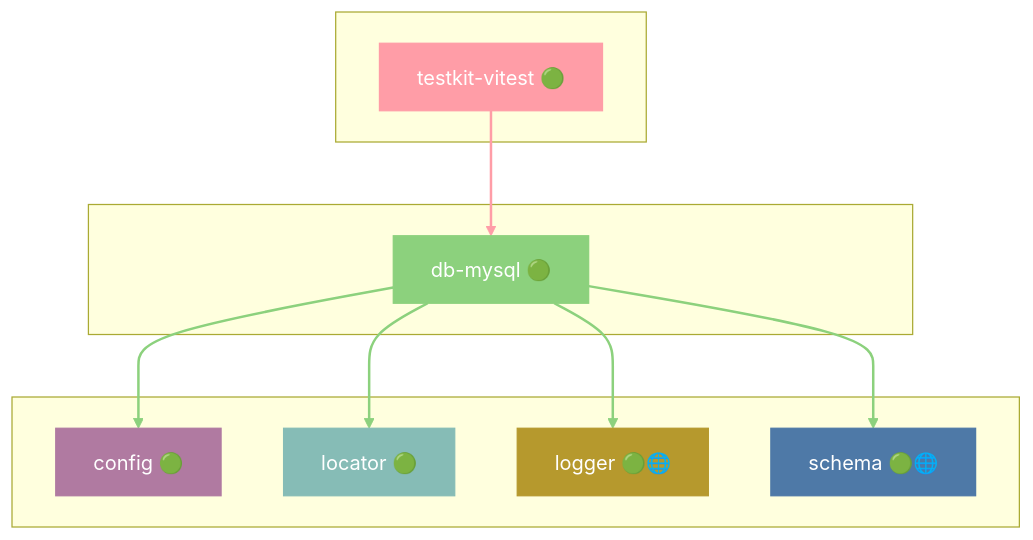
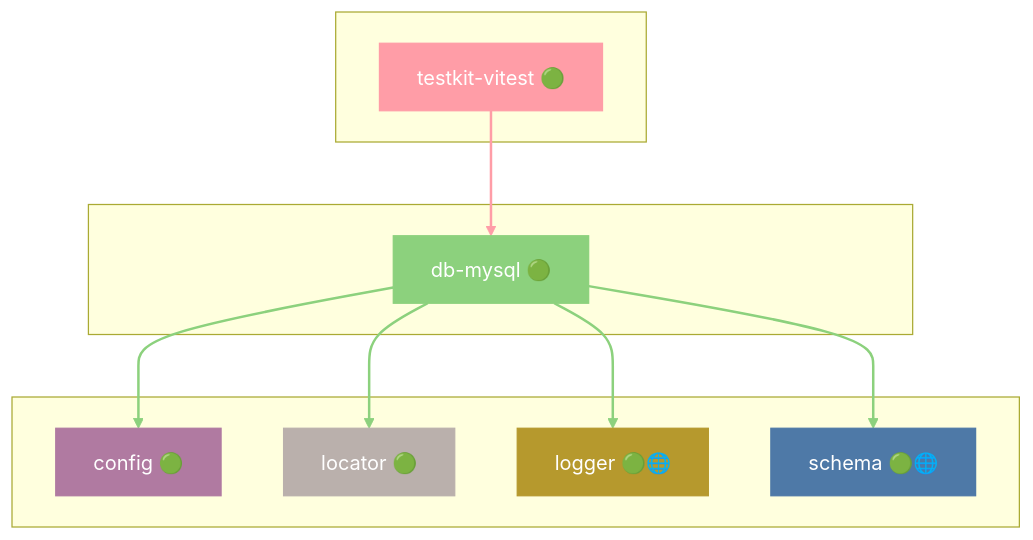
Diagram 13 of 48 in docs/DEPENDENCIES.md (grest-ts/grest-ts), drawn with Mermaid before and after one commit. The commit also changed other lines of this file and 54 other files, not shown here.

````diff
--- a/docs/DEPENDENCIES.md
+++ b/docs/DEPENDENCIES.md
@@ -857,31 +867,31 @@
 ```mermaid
 flowchart TB
     subgraph Dependents[" "]
         testkit-vitest["testkit-vitest 🟢"]
     end
     subgraph Package[" "]
         db-mysql["db-mysql 🟢"]
     end
     subgraph Dependencies[" "]
         config["config 🟢"]
         locator["locator 🟢"]
         logger["logger 🟢🌐"]
         schema["schema 🟢🌐"]
     end
     testkit-vitest --> db-mysql
     db-mysql --> config
     db-mysql --> locator
     db-mysql --> logger
     db-mysql --> schema
     style db-mysql fill:#8CD17D,stroke:#8CD17D,color:#fff
     style testkit-vitest fill:#FF9DA7,stroke:#FF9DA7,color:#fff
     style config fill:#B07AA1,stroke:#B07AA1,color:#fff
-    style locator fill:#86BCB6,stroke:#86BCB6,color:#fff
+    style locator fill:#BAB0AC,stroke:#BAB0AC,color:#fff
     style logger fill:#B6992D,stroke:#B6992D,color:#fff
     style schema fill:#4E79A7,stroke:#4E79A7,color:#fff
     linkStyle 0 stroke:#FF9DA7,stroke-width:2px
     linkStyle 1 stroke:#8CD17D,stroke-width:2px
     linkStyle 2 stroke:#8CD17D,stroke-width:2px
     linkStyle 3 stroke:#8CD17D,stroke-width:2px
     linkStyle 4 stroke:#8CD17D,stroke-width:2px
 ```
````
